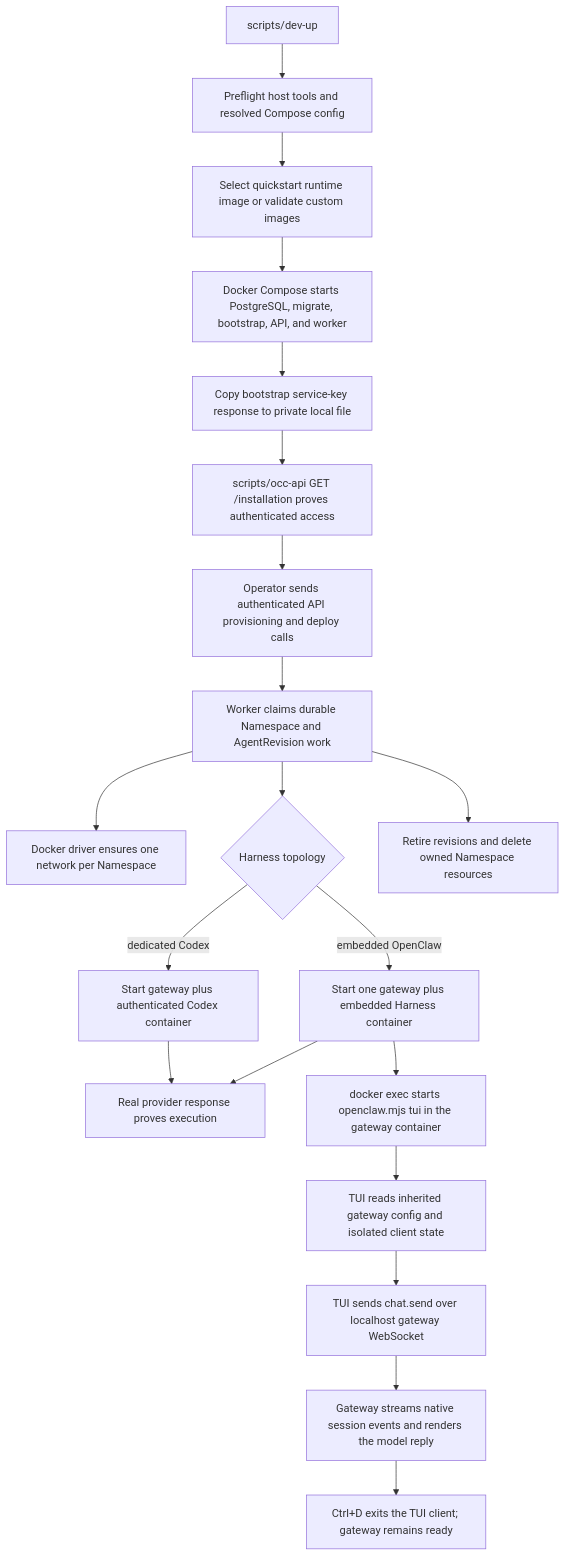
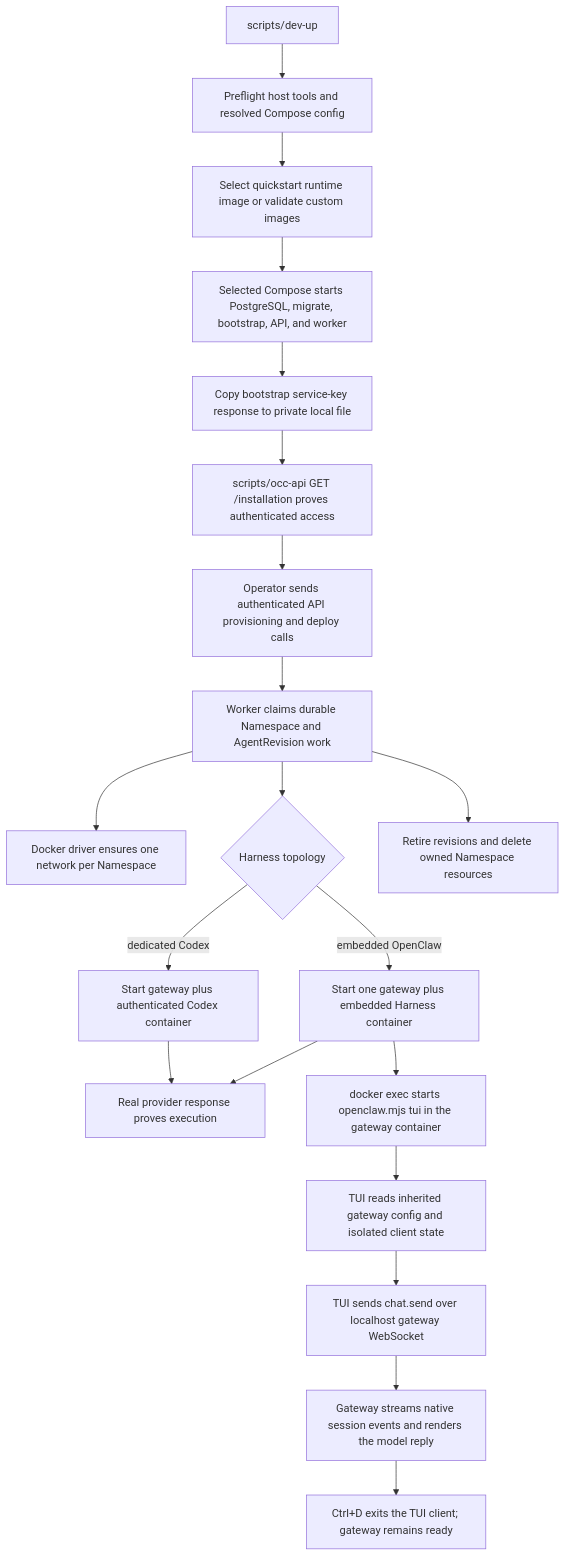
The diagram in docs/flows/docker-compose-development.md (IsaiahStapleton/openclaw-enterprise), drawn with Mermaid before and after one commit. The commit also changed other lines of this file and 21 other files, not shown here.

````diff
--- a/docs/flows/docker-compose-development.md
+++ b/docs/flows/docker-compose-development.md
@@ -53,22 +59,22 @@
 ```mermaid
 graph TD
   A["scripts/dev-up"] --> B["Preflight host tools and resolved Compose config"]
   B --> C["Select quickstart runtime image or validate custom images"]
-  C --> D["Docker Compose starts PostgreSQL, migrate, bootstrap, API, and worker"]
+  C --> D["Selected Compose starts PostgreSQL, migrate, bootstrap, API, and worker"]
   D --> E["Copy bootstrap service-key response to private local file"]
   E --> F["scripts/occ-api GET /installation proves authenticated access"]
   F --> G["Operator sends authenticated API provisioning and deploy calls"]
   G --> H["Worker claims durable Namespace and AgentRevision work"]
   H --> I["Docker driver ensures one network per Namespace"]
   H --> J{"Harness topology"}
   J -->|embedded OpenClaw| K["Start one gateway plus embedded Harness container"]
   J -->|dedicated Codex| L["Start gateway plus authenticated Codex container"]
   K --> M["Real provider response proves execution"]
   L --> M
   K --> N["docker exec starts openclaw.mjs tui in the gateway container"]
   N --> O["TUI reads inherited gateway config and isolated client state"]
   O --> P["TUI sends chat.send over localhost gateway WebSocket"]
   P --> Q["Gateway streams native session events and renders the model reply"]
   Q --> R["Ctrl+D exits the TUI client; gateway remains ready"]
   H --> S["Retire revisions and delete owned Namespace resources"]
 ```
````
